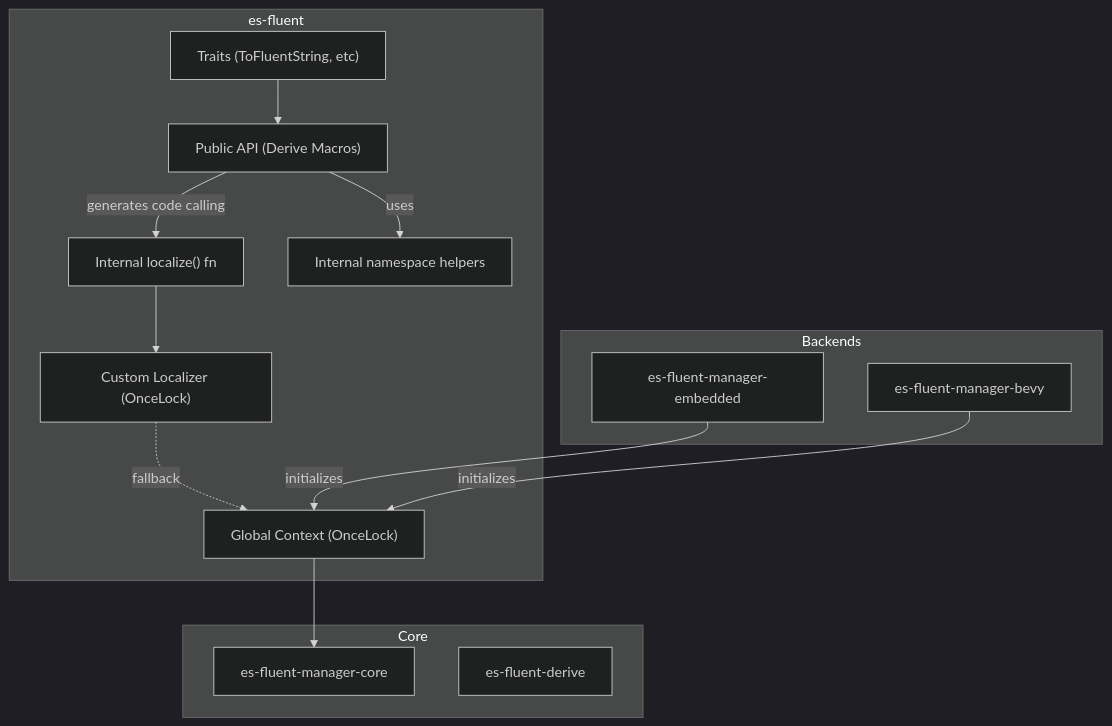
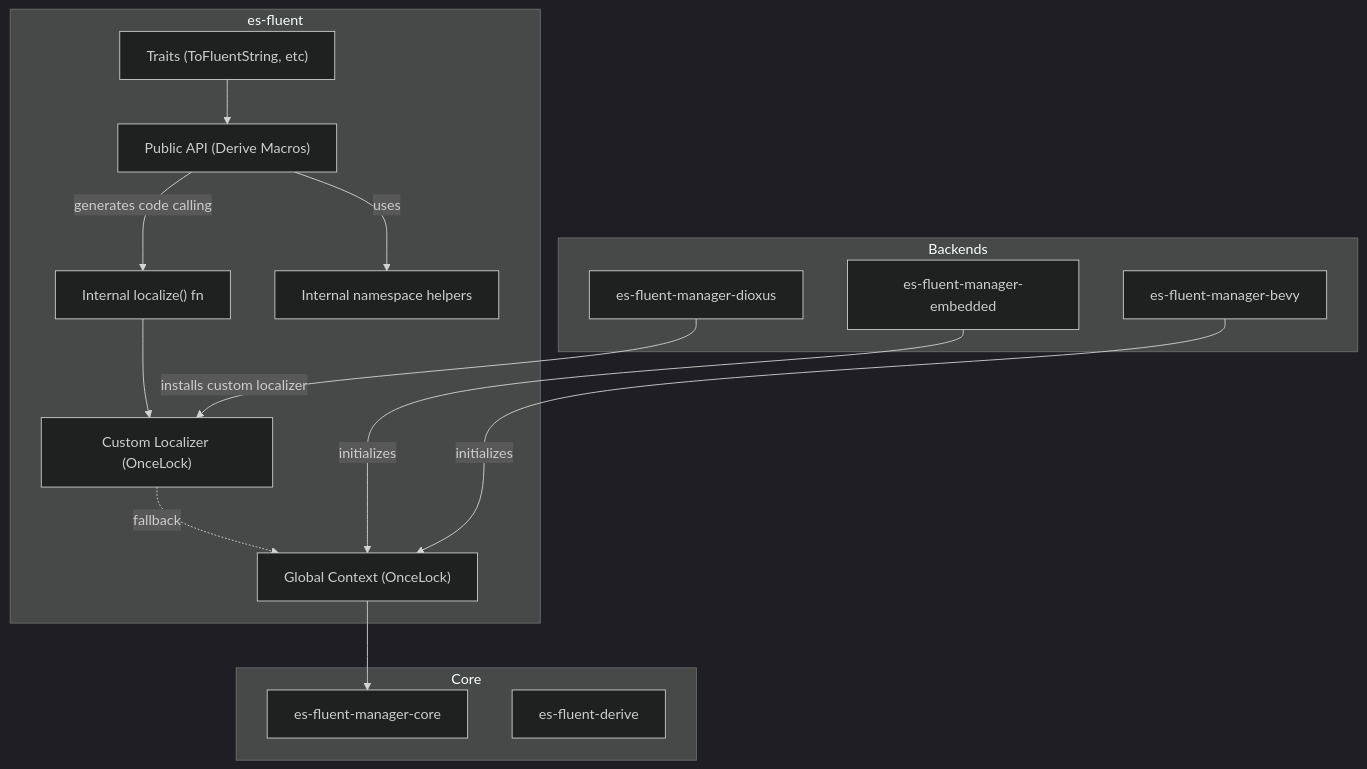
One commit to stayhydated/es-fluent changed the diagram in crates/es-fluent/docs/ARCHITECTURE.md. Above: the diagram before and after it, drawn with Mermaid (dark theme). The commit also changed 33 other files, not shown here.

````diff
--- a/crates/es-fluent/docs/ARCHITECTURE.md
+++ b/crates/es-fluent/docs/ARCHITECTURE.md
@@ -19,30 +19,32 @@
 ```mermaid
 flowchart TD
     subgraph FACADE["es-fluent"]
         API["Public API (Derive Macros)"]
         CTX["Global Context (OnceLock)"]
         CUSTOM["Custom Localizer (OnceLock)"]
         TRAIT["Traits (ToFluentString, etc)"]
         INTERNAL["Internal localize() fn"]
         NS["Internal namespace helpers"]
     end
 
     subgraph BACKEND["Backends"]
         EMBED["es-fluent-manager-embedded"]
+        DIOXUS["es-fluent-manager-dioxus"]
         BEVY["es-fluent-manager-bevy"]
     end
 
     subgraph CORE["Core"]
         MGR["es-fluent-manager-core"]
         DERIVE["es-fluent-derive"]
     end
 
     API -->|generates code calling| INTERNAL
     API -->|uses| NS
     INTERNAL --> CUSTOM
     CUSTOM -.->|fallback| CTX
     CTX --> MGR
     EMBED -->|initializes| CTX
+    DIOXUS -->|installs custom localizer| CUSTOM
     BEVY -->|initializes| CTX
     TRAIT --> API
 ```
````
